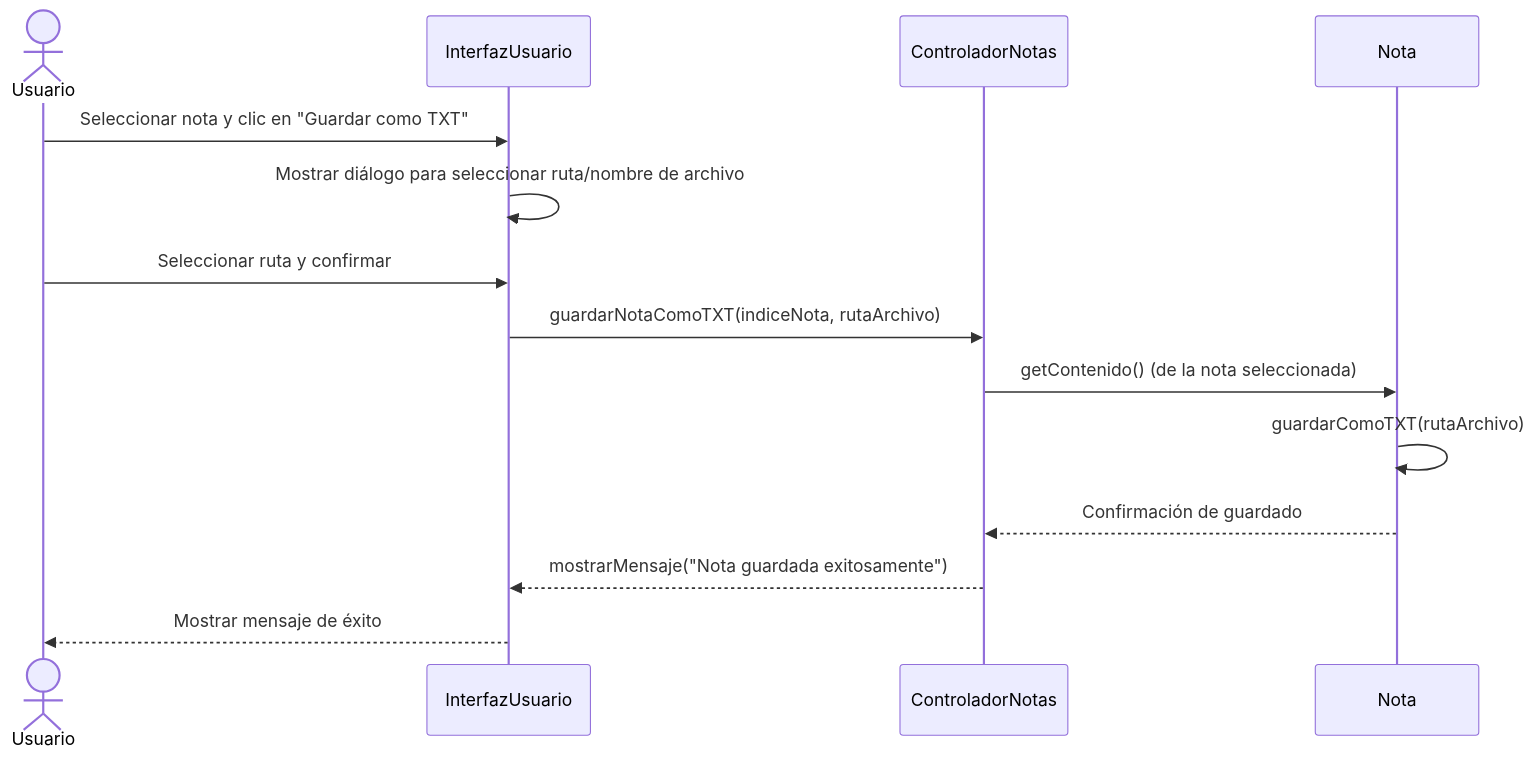
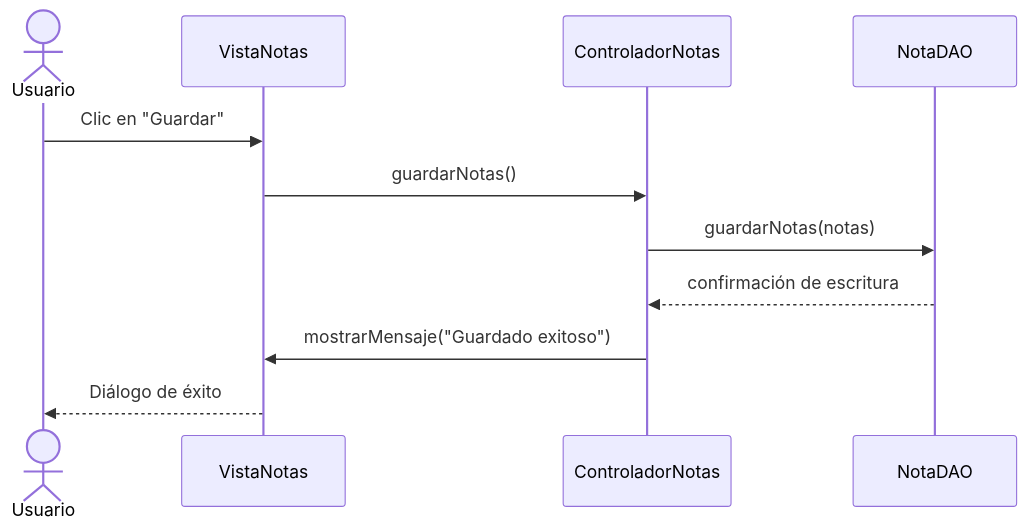
One commit to jangelmm/FlashNotes changed the tenth of 12 diagrams in README.md. Above: the diagram before and after it, drawn with Mermaid. The commit also changed other lines of this file and 8 other files, not shown here.

````diff
--- a/README.md
+++ b/README.md
@@ -362,17 +419,14 @@
 ```mermaid
 sequenceDiagram
     actor Usuario
-    participant GUI as InterfazUsuario
+    participant VistaNotas as VistaNotas
     participant Ctrl as ControladorNotas
-    participant N as Nota
+    participant DAO as NotaDAO
 
-    Usuario ->> GUI: Seleccionar nota y clic en "Guardar como TXT"
-    GUI ->> GUI: Mostrar diálogo para seleccionar ruta/nombre de archivo
-    Usuario ->> GUI: Seleccionar ruta y confirmar
-    GUI ->> Ctrl: guardarNotaComoTXT(indiceNota, rutaArchivo)
-    Ctrl ->> N: getContenido() (de la nota seleccionada)
-    N ->> N: guardarComoTXT(rutaArchivo)
-    N -->> Ctrl: Confirmación de guardado
-    Ctrl -->> GUI: mostrarMensaje("Nota guardada exitosamente")
-    GUI -->> Usuario: Mostrar mensaje de éxito
+    Usuario ->> VistaNotas: Clic en "Guardar"
+    VistaNotas ->> Ctrl: guardarNotas()
+    Ctrl ->> DAO: guardarNotas(notas)
+    DAO -->> Ctrl: confirmación de escritura
+    Ctrl ->> VistaNotas: mostrarMensaje("Guardado exitoso")
+    VistaNotas -->> Usuario: Diálogo de éxito
 ```
````
